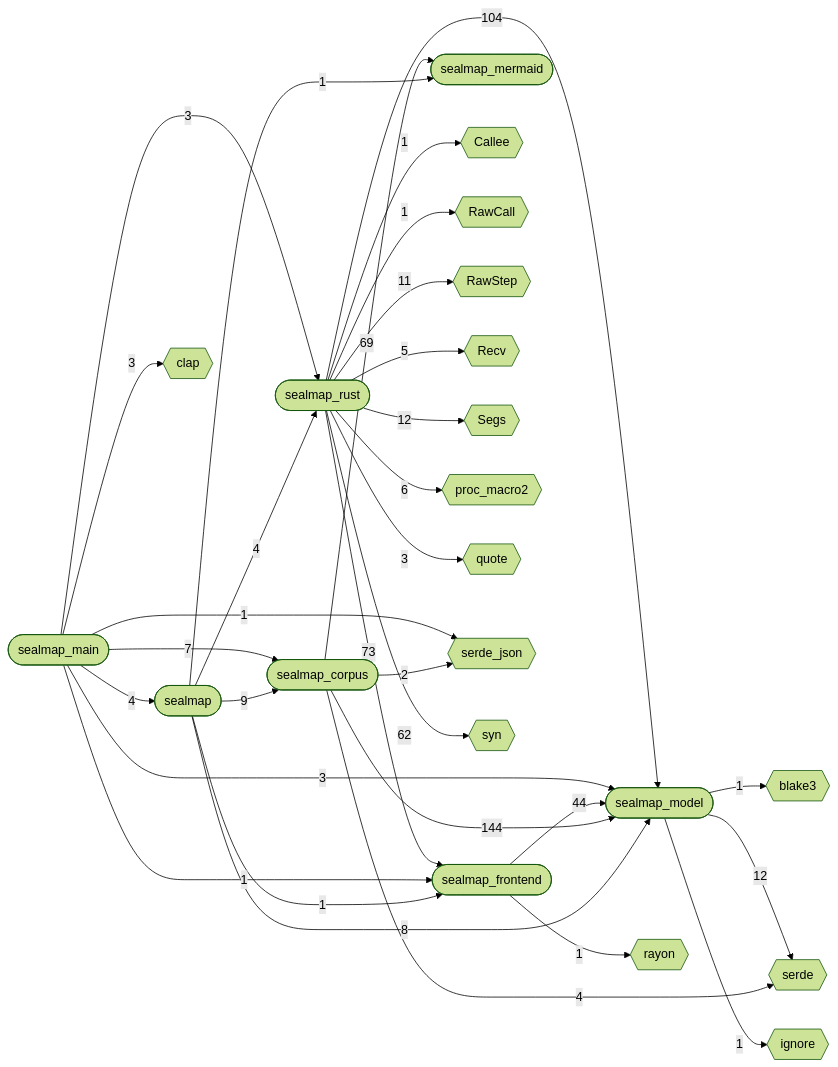
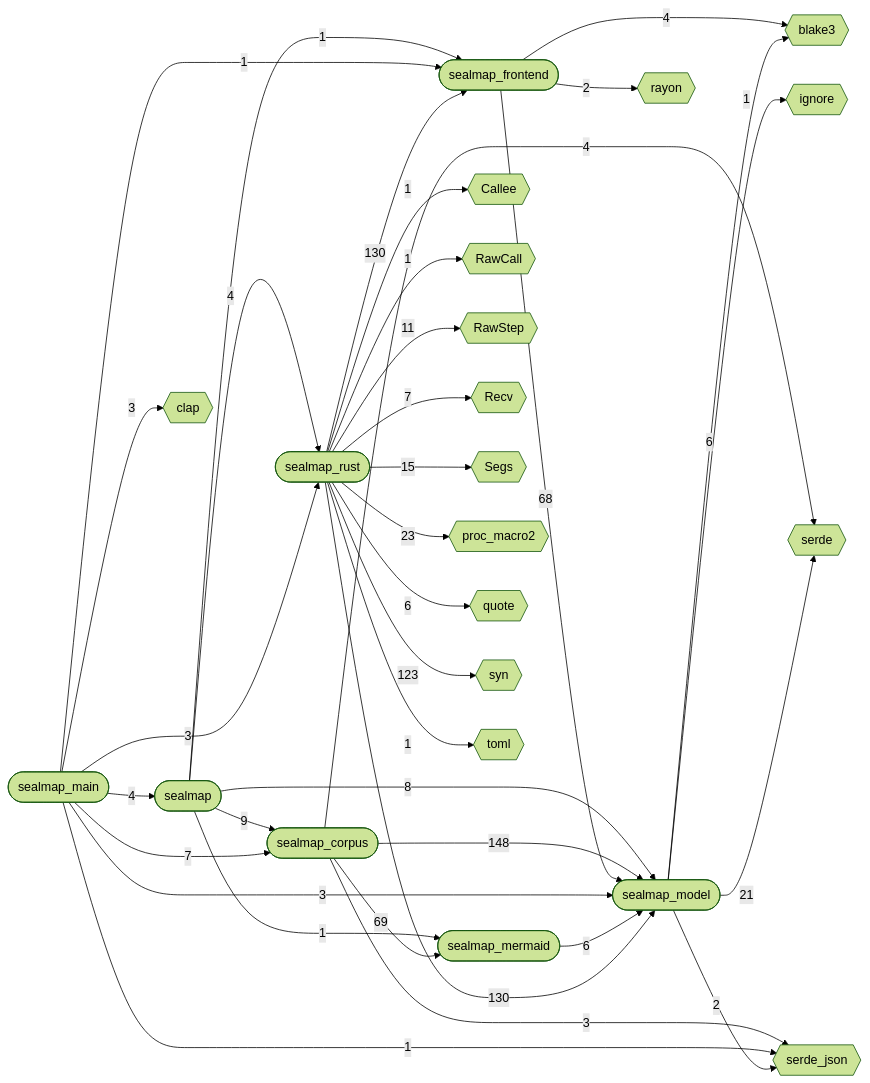
The first of 12 diagrams in docs/sealmap/_overview.md (DreamLab-AI/codemaid), drawn with Mermaid (forest theme) before and after one commit. The commit also changed other lines of this file and 45 other files, not shown here.

First line of the commit message:
docs: regenerate the self-corpus for sym: ids and schema v2

````diff
--- a/docs/sealmap/_overview.md
+++ b/docs/sealmap/_overview.md
@@ -10,55 +10,60 @@
 ```mermaid
 flowchart LR
   sealmap(["sealmap"])
   sealmap_corpus(["sealmap_corpus"])
   sealmap_frontend(["sealmap_frontend"])
   sealmap_main(["sealmap_main"])
   sealmap_mermaid(["sealmap_mermaid"])
   sealmap_model(["sealmap_model"])
   sealmap_rust(["sealmap_rust"])
   Callee{{"Callee"}}
   RawCall{{"RawCall"}}
   RawStep{{"RawStep"}}
   Recv{{"Recv"}}
   Segs{{"Segs"}}
   blake3{{"blake3"}}
   clap{{"clap"}}
   ignore{{"ignore"}}
   proc_macro2{{"proc_macro2"}}
   quote{{"quote"}}
   rayon{{"rayon"}}
   serde{{"serde"}}
   serde_json{{"serde_json"}}
   syn{{"syn"}}
+  toml{{"toml"}}
   sealmap -->|"9"| sealmap_corpus
   sealmap -->|"1"| sealmap_frontend
   sealmap -->|"1"| sealmap_mermaid
   sealmap -->|"8"| sealmap_model
   sealmap -->|"4"| sealmap_rust
   sealmap_corpus -->|"69"| sealmap_mermaid
-  sealmap_corpus -->|"144"| sealmap_model
+  sealmap_corpus -->|"148"| sealmap_model
   sealmap_corpus -->|"4"| serde
-  sealmap_corpus -->|"2"| serde_json
-  sealmap_frontend -->|"1"| rayon
-  sealmap_frontend -->|"44"| sealmap_model
+  sealmap_corpus -->|"3"| serde_json
+  sealmap_frontend -->|"4"| blake3
+  sealmap_frontend -->|"2"| rayon
+  sealmap_frontend -->|"68"| sealmap_model
   sealmap_main -->|"3"| clap
   sealmap_main -->|"4"| sealmap
   sealmap_main -->|"7"| sealmap_corpus
   sealmap_main -->|"1"| sealmap_frontend
   sealmap_main -->|"3"| sealmap_model
   sealmap_main -->|"3"| sealmap_rust
   sealmap_main -->|"1"| serde_json
-  sealmap_model -->|"1"| blake3
+  sealmap_mermaid -->|"6"| sealmap_model
+  sealmap_model -->|"6"| blake3
   sealmap_model -->|"1"| ignore
-  sealmap_model -->|"12"| serde
+  sealmap_model -->|"21"| serde
+  sealmap_model -->|"2"| serde_json
   sealmap_rust -->|"1"| Callee
   sealmap_rust -->|"1"| RawCall
   sealmap_rust -->|"11"| RawStep
-  sealmap_rust -->|"5"| Recv
-  sealmap_rust -->|"12"| Segs
-  sealmap_rust -->|"6"| proc_macro2
-  sealmap_rust -->|"3"| quote
-  sealmap_rust -->|"73"| sealmap_frontend
-  sealmap_rust -->|"104"| sealmap_model
-  sealmap_rust -->|"62"| syn
+  sealmap_rust -->|"7"| Recv
+  sealmap_rust -->|"15"| Segs
+  sealmap_rust -->|"23"| proc_macro2
+  sealmap_rust -->|"6"| quote
+  sealmap_rust -->|"130"| sealmap_frontend
+  sealmap_rust -->|"130"| sealmap_model
+  sealmap_rust -->|"123"| syn
+  sealmap_rust -->|"1"| toml
 ```
````
